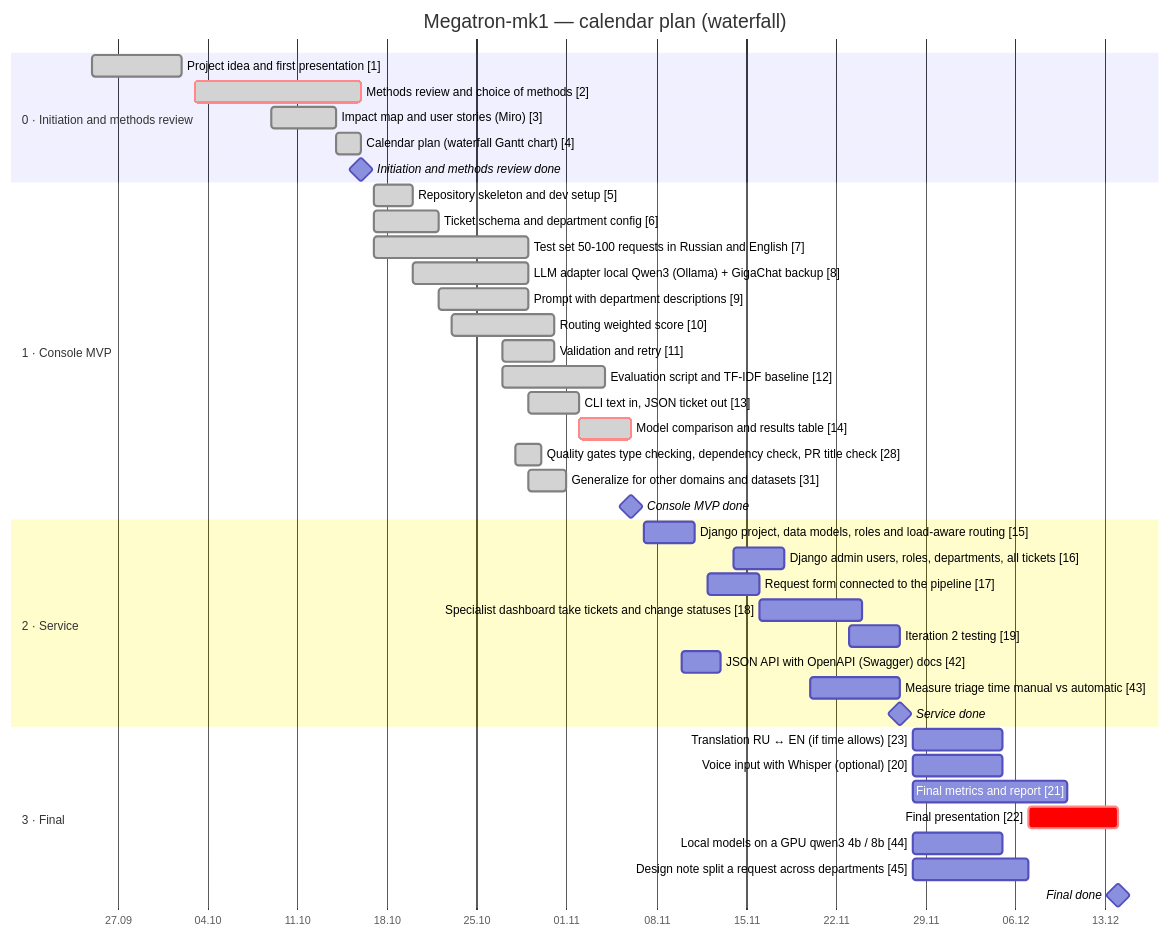
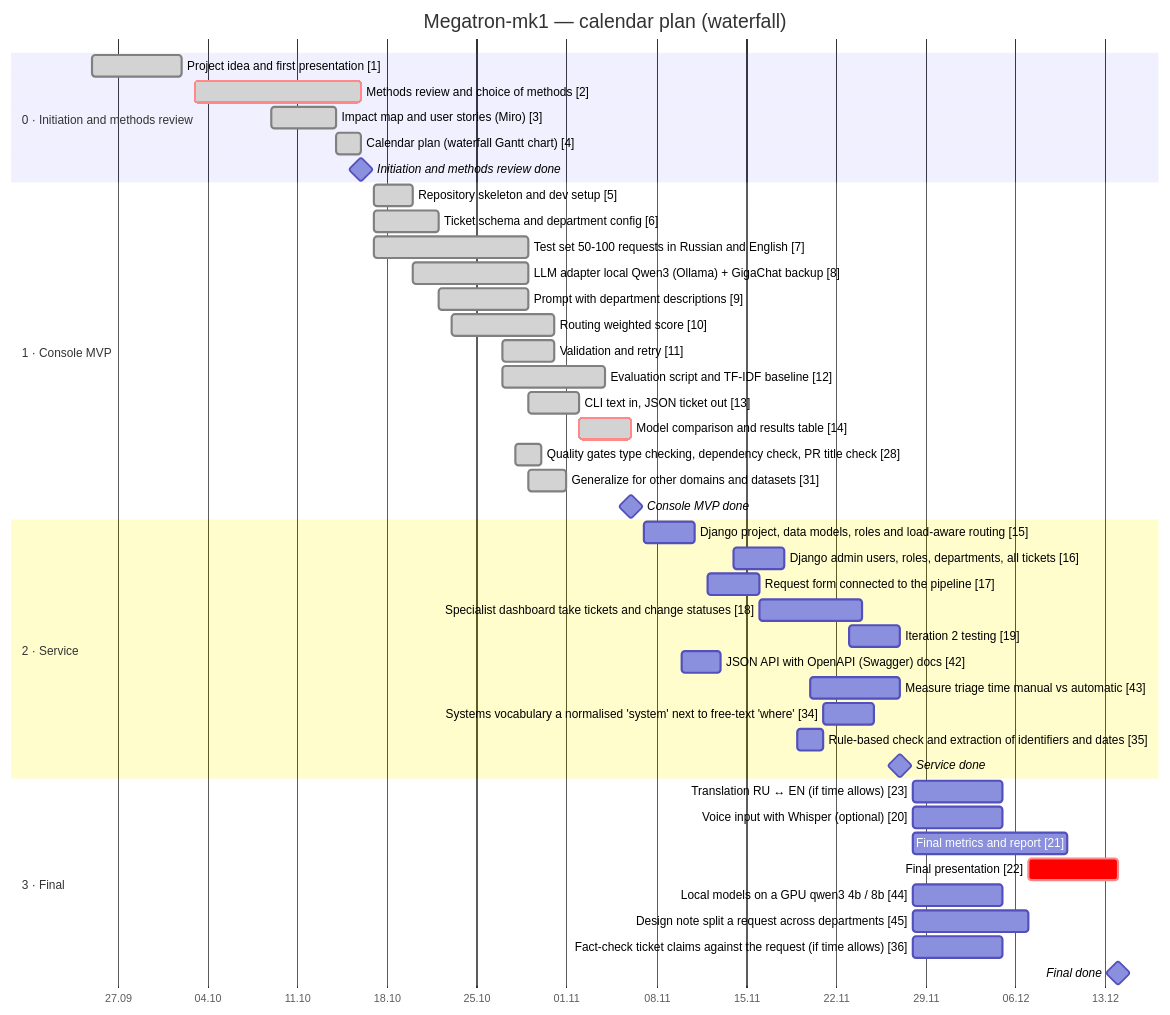
Before and after one commit to Leenday/support_megatron_mk1: the diagram in README.md, drawn with Mermaid. The commit also changed other lines of this file and 29 other files, not shown here.

````diff
--- a/README.md
+++ b/README.md
@@ -80,44 +90,47 @@
 ```mermaid
 gantt
     title Megatron-mk1 — calendar plan (waterfall)
     dateFormat YYYY-MM-DD
     axisFormat %d.%m
     todayMarker on
     section 0 · Initiation and methods review
     Project idea and first presentation [1] :done, t1, 2026-09-25, 2026-10-02
     Methods review and choice of methods [2] :done, crit, t2, 2026-10-03, 2026-10-16
     Impact map and user stories (Miro) [3] :done, t3, 2026-10-09, 2026-10-14
     Calendar plan (waterfall Gantt chart) [4] :done, t4, 2026-10-14, 2026-10-16
     Initiation and methods review done :milestone, m0, 2026-10-16, 0d
     section 1 · Console MVP
     Repository skeleton and dev setup [5] :done, t5, 2026-10-17, 2026-10-20
     Ticket schema and department config [6] :done, t6, 2026-10-17, 2026-10-22
     Test set 50-100 requests in Russian and English [7] :done, t7, 2026-10-17, 2026-10-29
     LLM adapter local Qwen3 (Ollama) + GigaChat backup [8] :done, t8, 2026-10-20, 2026-10-29
     Prompt with department descriptions [9] :done, t9, 2026-10-22, 2026-10-29
     Routing weighted score [10] :done, t10, 2026-10-23, 2026-10-31
     Validation and retry [11] :done, t11, 2026-10-27, 2026-10-31
     Evaluation script and TF-IDF baseline [12] :done, t12, 2026-10-27, 2026-11-04
     CLI text in, JSON ticket out [13] :done, t13, 2026-10-29, 2026-11-02
     Model comparison and results table [14] :done, crit, t14, 2026-11-02, 2026-11-06
     Quality gates type checking, dependency check, PR title check [28] :done, t28, 2026-10-28, 2026-10-30
     Generalize for other domains and datasets [31] :done, t31, 2026-10-29, 2026-11-01
     Console MVP done :milestone, m1, 2026-11-06, 0d
     section 2 · Service
     Django project, data models, roles and load-aware routing [15] :t15, 2026-11-07, 2026-11-11
     Django admin users, roles, departments, all tickets [16] :t16, 2026-11-14, 2026-11-18
     Request form connected to the pipeline [17] :t17, 2026-11-12, 2026-11-16
     Specialist dashboard take tickets and change statuses [18] :t18, 2026-11-16, 2026-11-24
     Iteration 2 testing [19] :t19, 2026-11-23, 2026-11-27
     JSON API with OpenAPI (Swagger) docs [42] :t42, 2026-11-10, 2026-11-13
     Measure triage time manual vs automatic [43] :t43, 2026-11-20, 2026-11-27
+    Systems vocabulary a normalised 'system' next to free-text 'where' [34] :t34, 2026-11-21, 2026-11-25
+    Rule-based check and extraction of identifiers and dates [35] :t35, 2026-11-19, 2026-11-21
     Service done :milestone, m2, 2026-11-27, 0d
     section 3 · Final
     Translation RU ↔ EN (if time allows) [23] :t23, 2026-11-28, 2026-12-05
     Voice input with Whisper (optional) [20] :t20, 2026-11-28, 2026-12-05
     Final metrics and report [21] :t21, 2026-11-28, 2026-12-10
     Final presentation [22] :crit, t22, 2026-12-07, 2026-12-14
     Local models on a GPU qwen3 4b / 8b [44] :t44, 2026-11-28, 2026-12-05
     Design note split a request across departments [45] :t45, 2026-11-28, 2026-12-07
+    Fact-check ticket claims against the request (if time allows) [36] :t36, 2026-11-28, 2026-12-05
     Final done :milestone, m3, 2026-12-14, 0d
 ```
````
